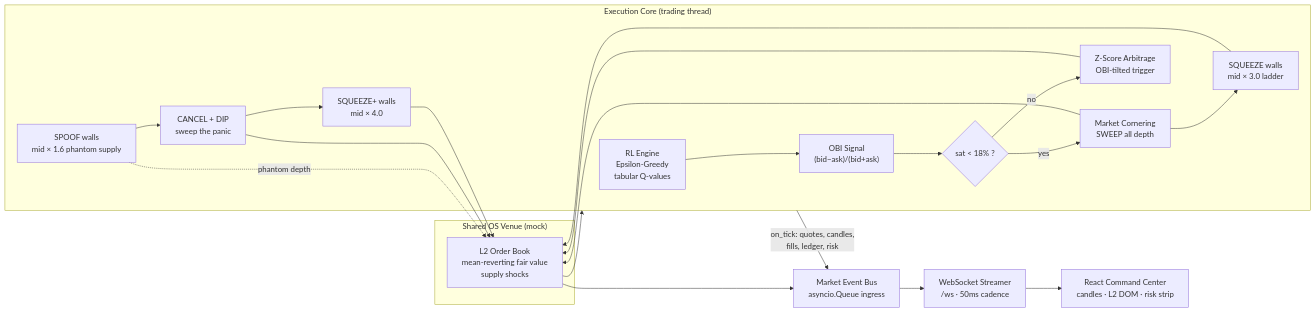
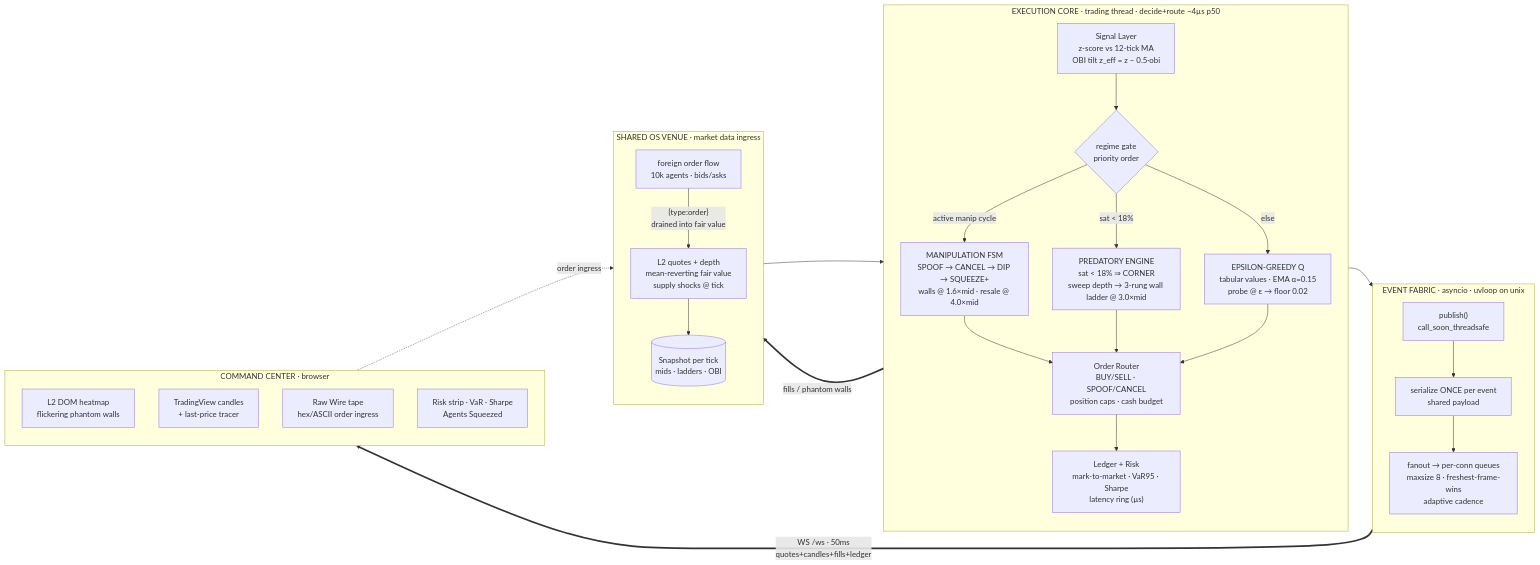
One commit to NemesisDevX/Nexus-Greed-HFT changed the diagram in README.md. Above: the diagram before and after it, drawn with Mermaid. The commit also changed other lines of this file and 24 other files, not shown here.

First line of the commit message:
chore: remove demo tooling, sanitize codebase, refine architecture diagrams

````diff
--- a/README.md
+++ b/README.md
@@ -13,36 +13,54 @@
 ```mermaid
 flowchart LR
-    subgraph VENUE["Shared OS Venue (mock)"]
-        OB["L2 Order Book<br/>mean-reverting fair value<br/>supply shocks"]
+    subgraph VENUE["SHARED OS VENUE · market data ingress"]
+        direction TB
+        MD["L2 quotes + depth<br/>mean-reverting fair value<br/>supply shocks @ tick"]
+        EXT["foreign order flow<br/>10k agents · bids/asks"]
+        Q[(Snapshot per tick<br/>mids · ladders · OBI)]
+        MD --> Q
+        EXT -->|"{type:order}<br/>drained into fair value"| MD
     end
 
-    OB --> BUS["Market Event Bus<br/>asyncio.Queue ingress"]
-    BUS --> WS["WebSocket Streamer<br/>/ws · 50ms cadence"]
-    WS --> UI["React Command Center<br/>candles · L2 DOM · risk strip"]
+    subgraph CORE["EXECUTION CORE · trading thread · decide+route ~4µs p50"]
+        direction TB
+        SIG["Signal Layer<br/>z-score vs 12-tick MA<br/>OBI tilt  z_eff = z − 0.5·obi"]
+        GATE{"regime gate<br/>priority order"}
+        MANIP["MANIPULATION FSM<br/>SPOOF → CANCEL → DIP → SQUEEZE+<br/>walls @ 1.6×mid · resale @ 4.0×mid"]
+        PLE["PREDATORY ENGINE<br/>sat &lt; 18% ⇒ CORNER<br/>sweep depth → 3-rung wall ladder @ 3.0×mid"]
+        RLQ["EPSILON-GREEDY Q<br/>tabular values · EMA α=0.15<br/>probe @ ε → floor 0.02"]
+        RT["Order Router<br/>BUY/SELL · SPOOF/CANCEL<br/>position caps · cash budget"]
+        LG["Ledger + Risk<br/>mark-to-market · VaR95 · Sharpe<br/>latency ring (µs)"]
 
-    subgraph CORE["Execution Core (trading thread)"]
-        RL["RL Engine<br/>Epsilon-Greedy<br/>tabular Q-values"]
-        OBI["OBI Signal<br/>(bid−ask)/(bid+ask)"]
-        PLE{"sat < 18% ?"}
-        SWP["Market Cornering<br/>SWEEP all depth"]
-        SQZ["SQUEEZE walls<br/>mid × 3.0 ladder"]
-        ARB["Z-Score Arbitrage<br/>OBI-tilted trigger"]
-        SPOOF["SPOOF walls<br/>mid × 1.6 phantom supply"]
-        DIP["CANCEL + DIP<br/>sweep the panic"]
-        SQ4["SQUEEZE+ walls<br/>mid × 4.0"]
-
-        RL --> OBI --> PLE
-        PLE -- "yes" --> SWP --> SQZ
-        PLE -- "no" --> ARB
-        SPOOF --> DIP --> SQ4
+        Q --> SIG --> GATE
+        GATE -->|active manip cycle| MANIP
+        GATE -->|sat &lt; 18%| PLE
+        GATE -->|else| RLQ
+        MANIP --> RT
+        PLE --> RT
+        RLQ --> RT
+        RT --> LG
     end
 
-    OB --> CORE
-    SWP --> OB
-    SQZ --> OB
-    ARB --> OB
-    SPOOF -.->|phantom depth| OB
-    DIP --> OB
-    SQ4 --> OB
-    CORE -- "on_tick: quotes, candles,<br/>fills, ledger, risk" --> BUS
+    RT ==>|"fills / phantom walls"| VENUE
+
+    subgraph BUS["EVENT FABRIC · asyncio · uvloop on unix"]
+        direction TB
+        PUB["publish()<br/>call_soon_threadsafe"]
+        SER["serialize ONCE per event<br/>shared payload"]
+        FAN["fanout → per-conn queues<br/>maxsize 8 · freshest-frame-wins<br/>adaptive cadence"]
+        PUB --> SER --> FAN
+    end
+
+    LG --> PUB
+
+    subgraph UI["COMMAND CENTER · browser"]
+        direction TB
+        DOM["L2 DOM heatmap<br/>flickering phantom walls"]
+        CHT["TradingView candles<br/>+ last-price tracer"]
+        TPE["Raw Wire tape<br/>hex/ASCII order ingress"]
+        RSK["Risk strip · VaR · Sharpe<br/>Agents Squeezed"]
+    end
+
+    FAN ==>|"WS /ws · 50ms<br/>quotes+candles+fills+ledger"| UI
+    UI -.->|"order ingress"| EXT
 ```
````
